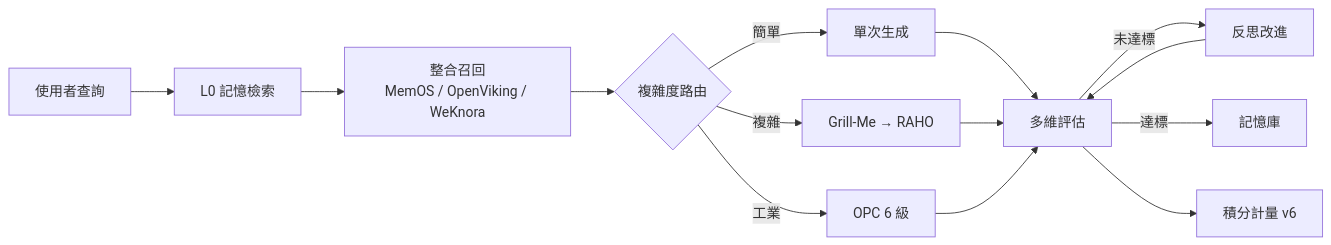
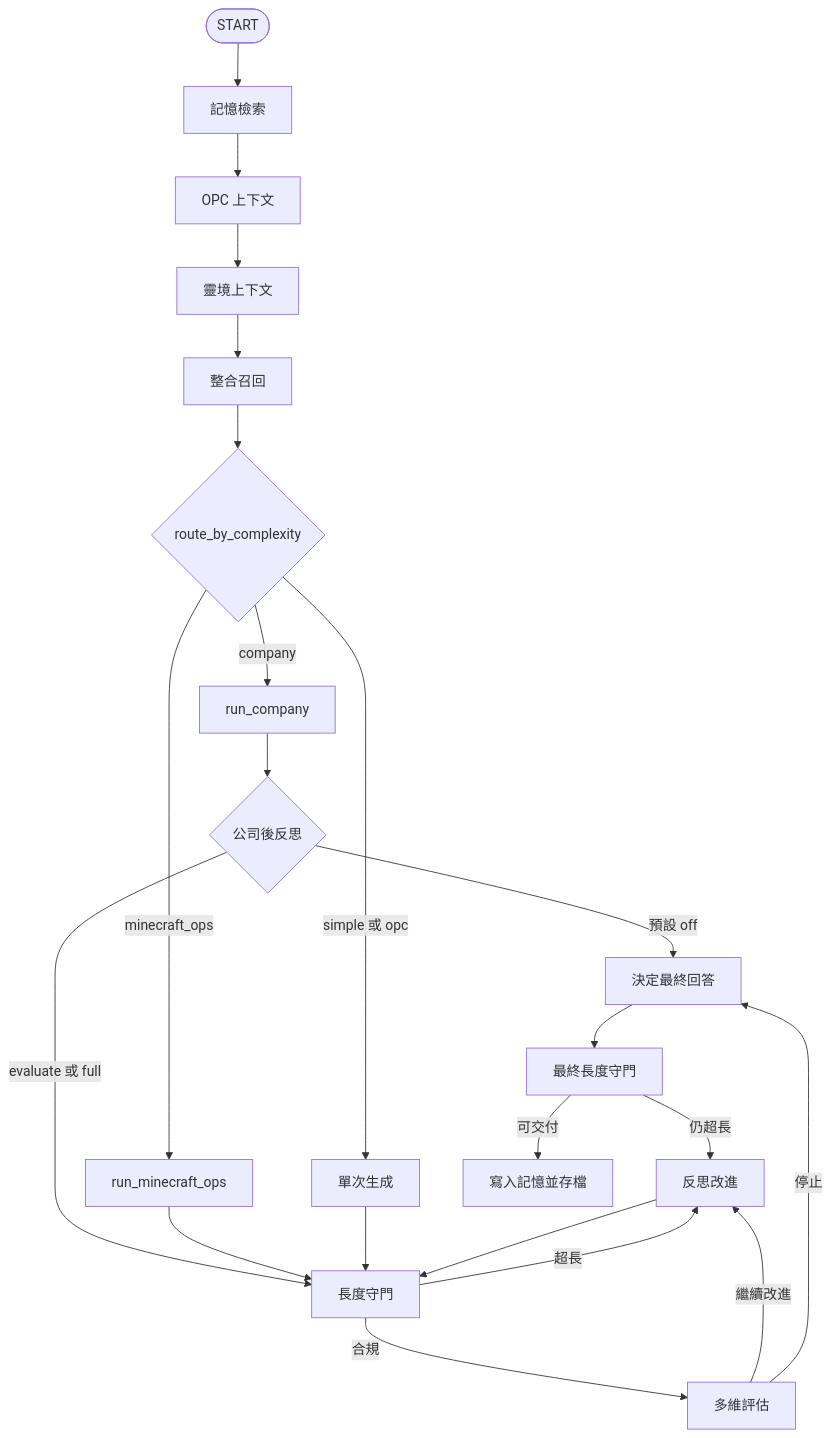
Before and after one commit to iiooiioo888/Linkin: the diagram in README.md, drawn with Mermaid. The commit also changed other lines of this file and 7 other files, not shown here.

````diff
--- a/README.md
+++ b/README.md
@@ -77,16 +96,24 @@
 ```mermaid
-graph LR
-    A[使用者查詢] --> B[L0 記憶檢索]
-    B --> C[整合召回<br/>MemOS / OpenViking / WeKnora]
-    C --> D{複雜度路由}
-    D -->|簡單| E[單次生成]
-    D -->|複雜| F[Grill-Me → RAHO]
-    D -->|工業| G[OPC 6 級]
-    E --> H[多維評估]
-    F --> H
-    G --> H
-    H -->|未達標| I[反思改進]
-    I --> H
-    H -->|達標| J[記憶庫]
-    H --> K[積分計量 v6]
+flowchart TD
+    START([START]) --> RM[記憶檢索]
+    RM --> OPC[OPC 上下文]
+    OPC --> LK[靈境上下文]
+    LK --> RC[整合召回]
+    RC --> ROUTE{route_by_complexity}
+    ROUTE -->|company| RUN[run_company]
+    ROUTE -->|minecraft_ops| MC[run_minecraft_ops]
+    ROUTE -->|simple 或 opc| GEN[單次生成]
+    RUN --> GATE{公司後反思}
+    GATE -->|預設 off| DEC[決定最終回答]
+    GATE -->|evaluate 或 full| LEN[長度守門]
+    MC --> LEN
+    GEN --> LEN
+    LEN -->|超長| REFL[反思改進]
+    LEN -->|合規| EVAL[多維評估]
+    EVAL -->|繼續改進| REFL
+    EVAL -->|停止| DEC
+    REFL --> LEN
+    DEC --> FIN[最終長度守門]
+    FIN -->|仍超長| REFL
+    FIN -->|可交付| SAVE[寫入記憶並存檔]
 ```
````
